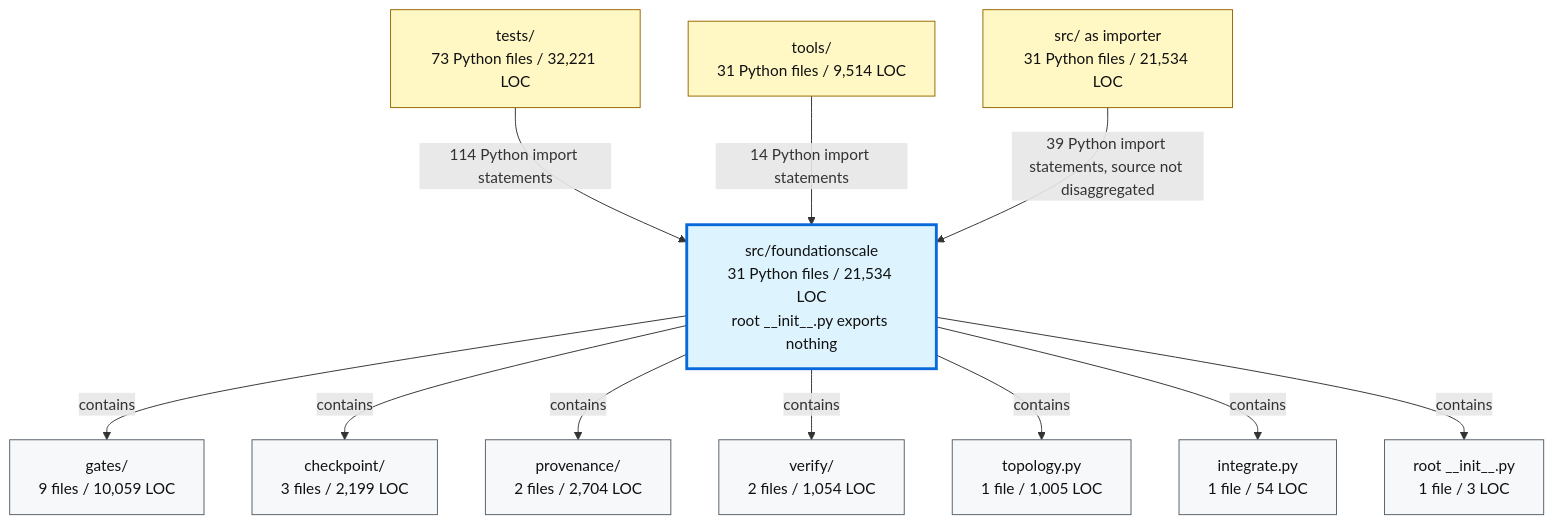
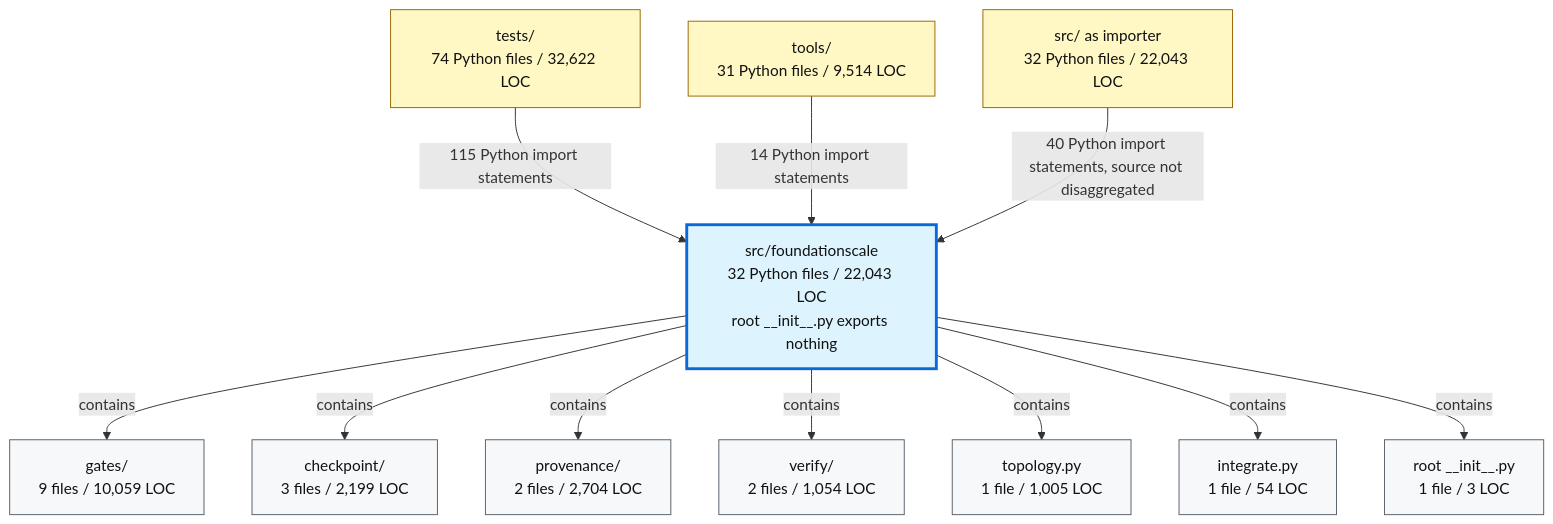
The second of 2 diagrams in docs/review/D2_current_architecture.md (TranNhiem/FoundationScale), drawn with Mermaid before and after one commit. The commit also changed other lines of this file and 17 other files, not shown here.

````diff
--- a/docs/review/D2_current_architecture.md
+++ b/docs/review/D2_current_architecture.md
@@ -97,36 +97,36 @@
 ```mermaid
 flowchart TB
-  TESTS["tests/<br/>73 Python files / 32,221 LOC"]
+  TESTS["tests/<br/>74 Python files / 32,622 LOC"]
   TOOLS["tools/<br/>31 Python files / 9,514 LOC"]
-  SRC["src/ as importer<br/>31 Python files / 21,534 LOC"]
+  SRC["src/ as importer<br/>32 Python files / 22,043 LOC"]
 
-  FS["src/foundationscale<br/>31 Python files / 21,534 LOC<br/>root __init__.py exports nothing"]
+  FS["src/foundationscale<br/>32 Python files / 22,043 LOC<br/>root __init__.py exports nothing"]
 
   GATES["gates/<br/>9 files / 10,059 LOC"]
   CKPT["checkpoint/<br/>3 files / 2,199 LOC"]
   PROV["provenance/<br/>2 files / 2,704 LOC"]
   VERIFY["verify/<br/>2 files / 1,054 LOC"]
   TOPO["topology.py<br/>1 file / 1,005 LOC"]
   INTEG["integrate.py<br/>1 file / 54 LOC"]
   ROOT["root __init__.py<br/>1 file / 3 LOC"]
 
-  TESTS -->|"114 Python import statements"| FS
+  TESTS -->|"115 Python import statements"| FS
   TOOLS -->|"14 Python import statements"| FS
-  SRC -->|"39 Python import statements, source not disaggregated"| FS
+  SRC -->|"40 Python import statements, source not disaggregated"| FS
 
   FS -->|"contains"| GATES
   FS -->|"contains"| CKPT
   FS -->|"contains"| PROV
   FS -->|"contains"| VERIFY
   FS -->|"contains"| TOPO
   FS -->|"contains"| INTEG
   FS -->|"contains"| ROOT
 
   classDef consumer fill:#fff8c5,stroke:#9a6700,color:#111;
   classDef package fill:#ddf4ff,stroke:#0969da,stroke-width:3px,color:#111;
   classDef module fill:#f6f8fa,stroke:#57606a,color:#111;
 
   class TESTS,TOOLS,SRC consumer;
   class FS package;
   class GATES,CKPT,PROV,VERIFY,TOPO,INTEG,ROOT module;
 ```
````
